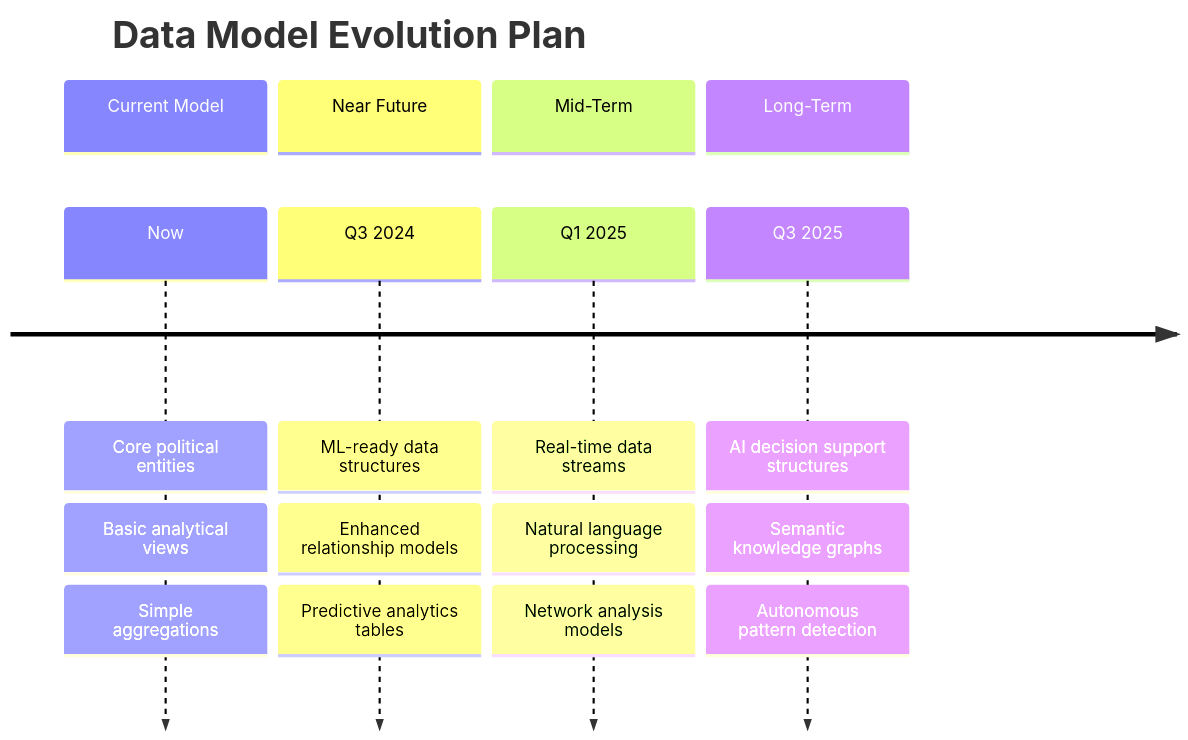
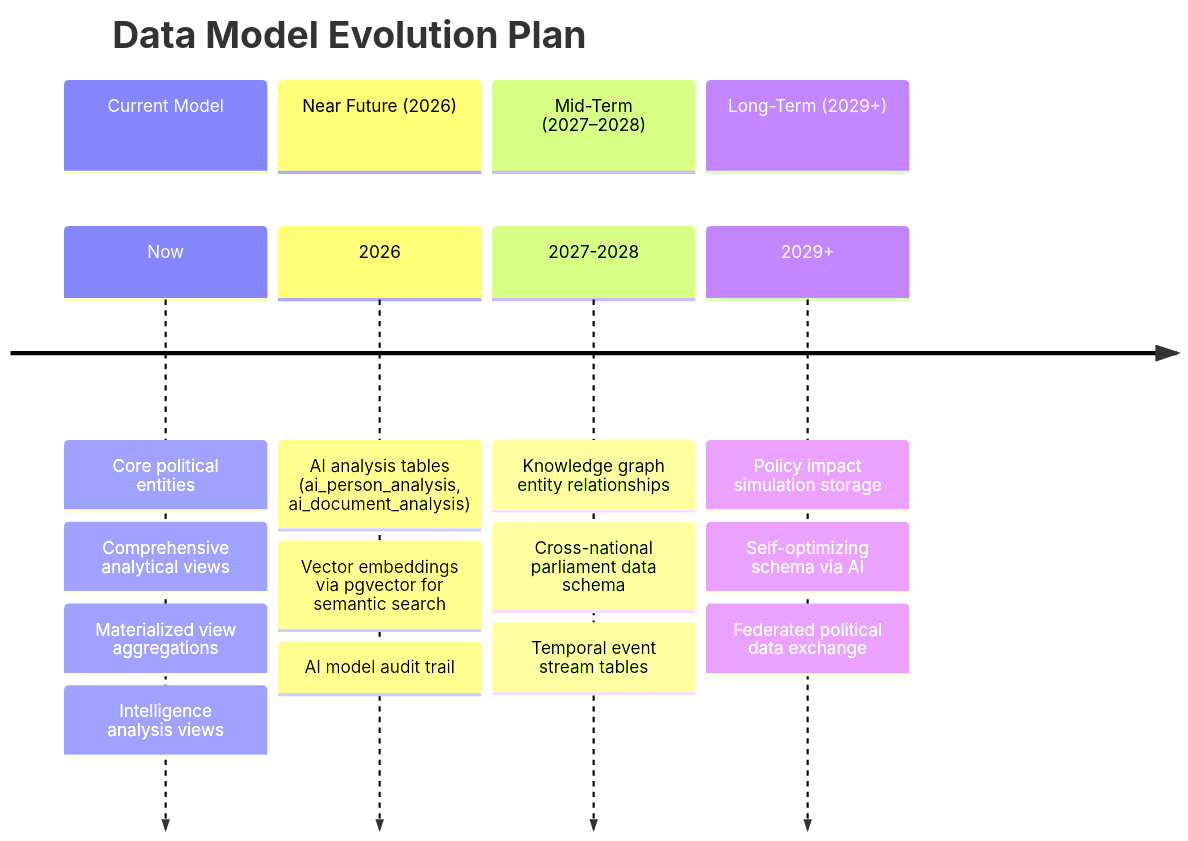
One commit to Hack23/cia changed diagram 12 of 12 in DATA_MODEL.md. Above: the diagram before and after it, drawn with Mermaid. The commit also changed other lines of this file and 1 other file, not shown here.

Commit message:
docs: update SWOT.md and DATA_MODEL.md to reflect current state with accurate timelines

````diff
--- a/DATA_MODEL.md
+++ b/DATA_MODEL.md
@@ -721,20 +721,21 @@
 ```mermaid
 timeline
     title Data Model Evolution Plan
     section Current Model
         Now : Core political entities
-            : Basic analytical views
-            : Simple aggregations
-    section Near Future
-        Q3 2024 : ML-ready data structures
-               : Enhanced relationship models
-               : Predictive analytics tables
-    section Mid-Term
-        Q1 2025 : Real-time data streams
-               : Natural language processing
-               : Network analysis models
-    section Long-Term
-        Q3 2025 : AI decision support structures
-            : Semantic knowledge graphs
-            : Autonomous pattern detection
+            : Comprehensive analytical views
+            : Materialized view aggregations
+            : Intelligence analysis views
+    section Near Future (2026)
+        2026 : AI analysis tables (ai_person_analysis, ai_document_analysis)
+             : Vector embeddings via pgvector for semantic search
+             : AI model audit trail
+    section Mid-Term (2027–2028)
+        2027-2028 : Knowledge graph entity relationships
+                  : Cross-national parliament data schema
+                  : Temporal event stream tables
+    section Long-Term (2029+)
+        2029+ : Policy impact simulation storage
+             : Self-optimizing schema via AI
+             : Federated political data exchange
 ```
````
